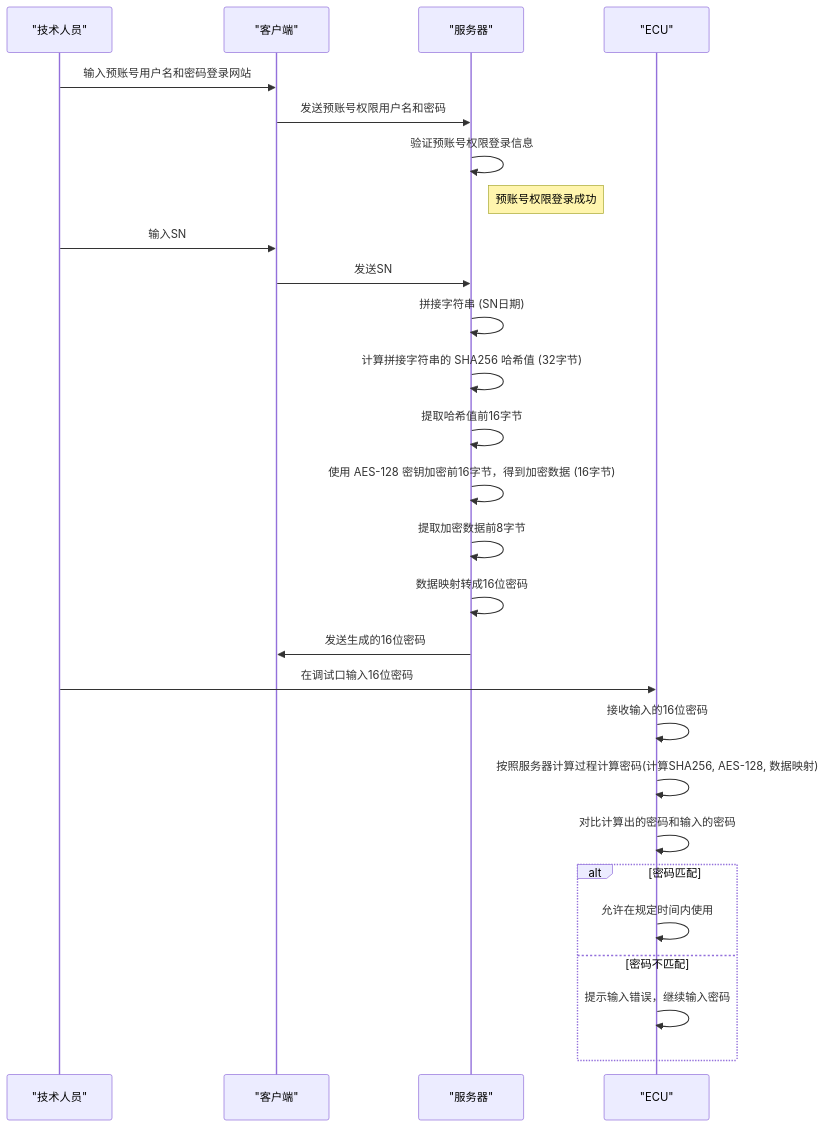
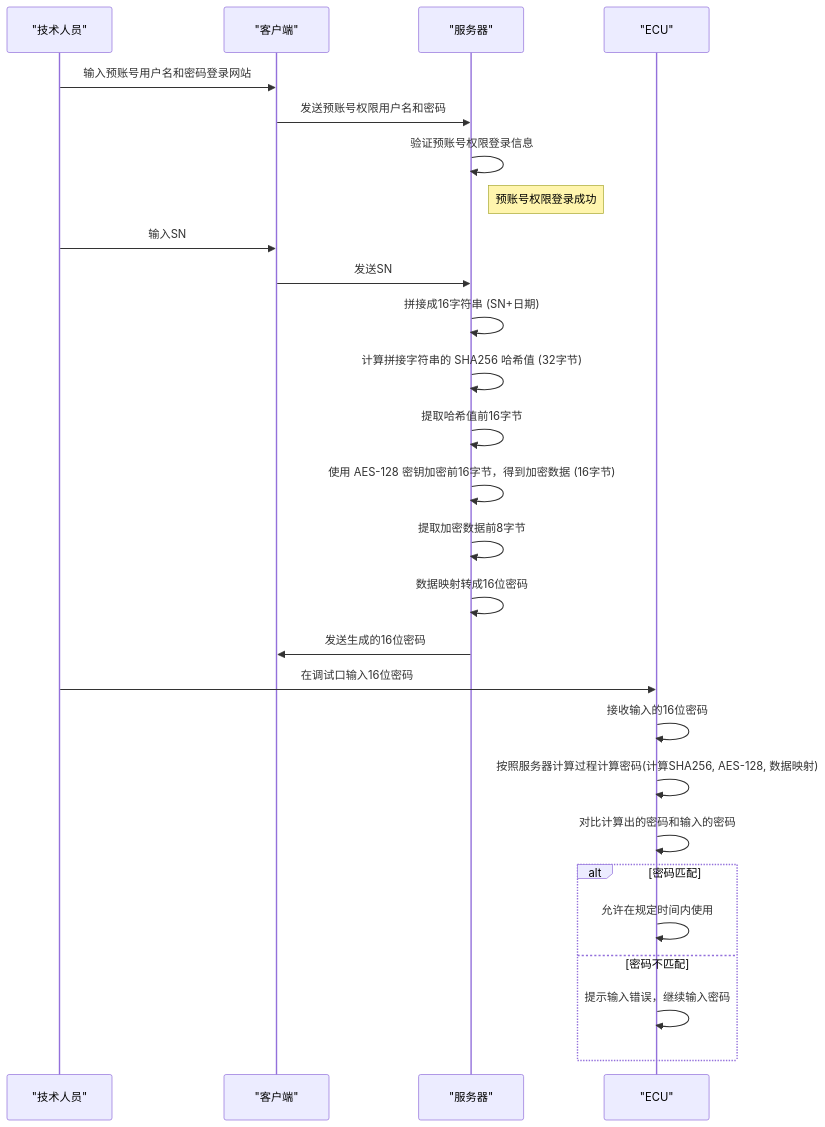
Before and after one commit to facebook-cloud/iodraw-files: the diagram in all/未命名-12.md, drawn with Mermaid.

Commit message:
2026-01-14 13:54:49 update

````diff
--- a/all/未命名-12.md
+++ b/all/未命名-12.md
@@ -1,38 +1,38 @@
 ```mermaid
 sequenceDiagram
     participant Technician as "技术人员"
     participant Client as "客户端"
     participant Server as "服务器"
     participant ECU as "ECU"
 
     Technician->>Client: 输入预账号用户名和密码登录网站
     Client->>Server: 发送预账号权限用户名和密码
 
     Server->>Server: 验证预账号权限登录信息
     Note right of Server: 预账号权限登录成功
 
     Technician->>Client: 输入SN
     Client->>Server: 发送SN
 
-    Server->>Server: 拼接字符串 (SN日期)
+    Server->>Server: 拼接成16字符串 (SN+日期)
     Server->>Server: 计算拼接字符串的 SHA256 哈希值 (32字节)
     Server->>Server: 提取哈希值前16字节
     Server->>Server: 使用 AES-128 密钥加密前16字节，得到加密数据 (16字节)
     Server->>Server: 提取加密数据前8字节
     Server->>Server: 数据映射转成16位密码
 
     Server->>Client: 发送生成的16位密码
 
     Technician->>ECU: 在调试口输入16位密码
 
     ECU->>ECU: 接收输入的16位密码
     ECU->>ECU: 按照服务器计算过程计算密码(计算SHA256, AES-128, 数据映射)
 
     ECU->>ECU: 对比计算出的密码和输入的密码
     alt 密码匹配
         ECU->>ECU: 允许在规定时间内使用
     else 密码不匹配
         ECU->>ECU: 提示输入错误，继续输入密码
     end
 
 ```
````
